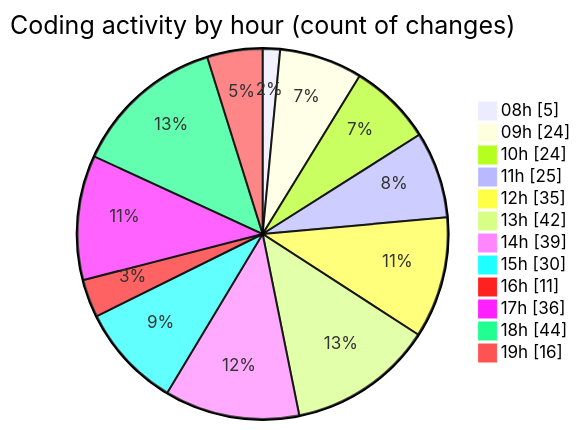
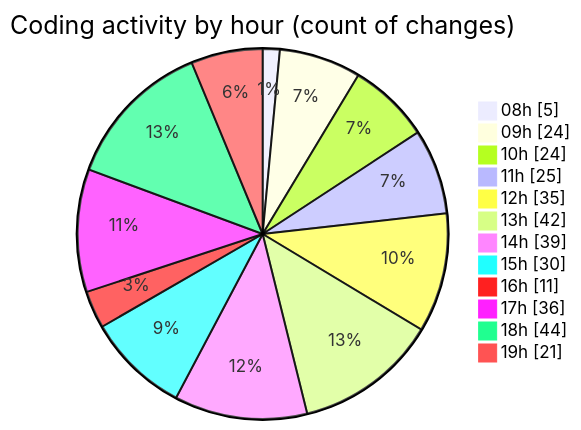
One commit to momahboobian/code-tracking changed the second of 2 diagrams in 2025-11-24/cda/README.md. Above: the diagram before and after it, drawn with Mermaid. The commit also changed other lines of this file and 1 other file, not shown here.

````diff
--- a/2025-11-24/cda/README.md
+++ b/2025-11-24/cda/README.md
@@ -49,16 +49,16 @@
 ```mermaid
 pie showData
 title Coding activity by hour (count of changes)
 "08h" : 5
 "09h" : 24
 "10h" : 24
 "11h" : 25
 "12h" : 35
 "13h" : 42
 "14h" : 39
 "15h" : 30
 "16h" : 11
 "17h" : 36
 "18h" : 44
-"19h" : 16
+"19h" : 21
 ```
````
